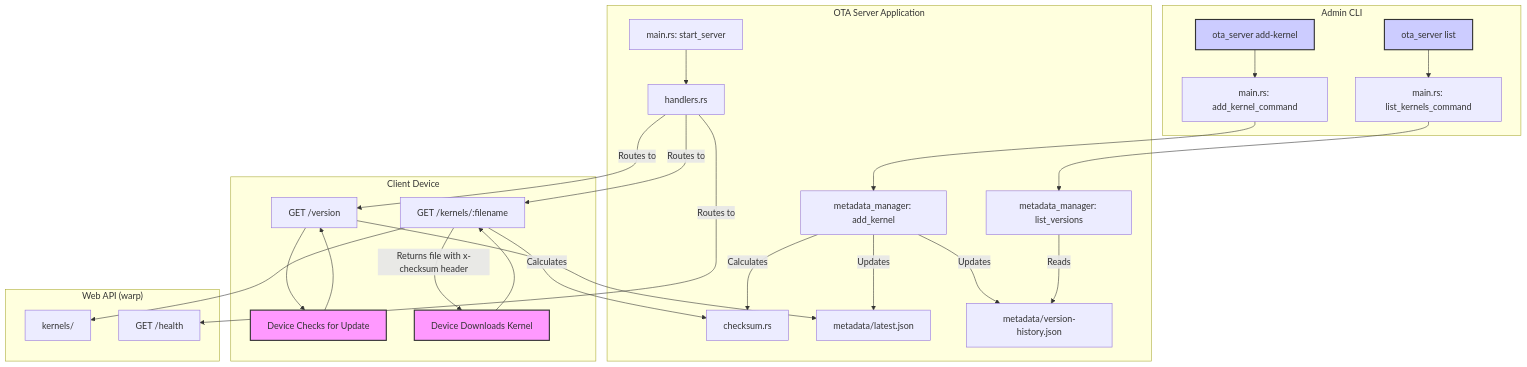
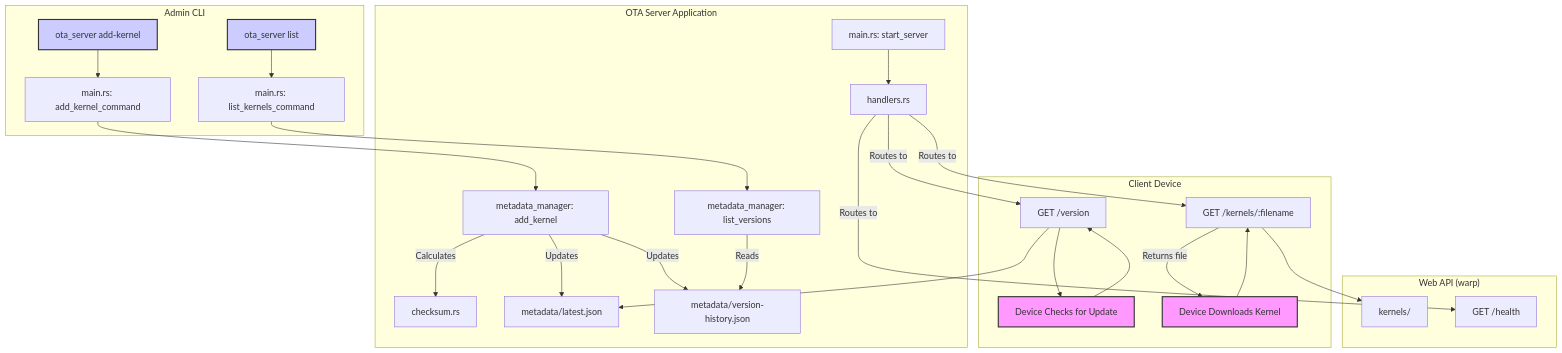
The diagram in README.md (jaganathg/OTA_Server), drawn with Mermaid before and after one commit. The commit also changed other lines of this file, not shown here.

````diff
--- a/README.md
+++ b/README.md
@@ -38,42 +64,41 @@
 ```mermaid
 graph TD;
     subgraph "Admin CLI"
         CLI_Add["ota_server add-kernel"] --> Main_Add["main.rs: add_kernel_command"];
         CLI_List["ota_server list"] --> Main_List["main.rs: list_kernels_command"];
     end
 
     subgraph "OTA Server Application"
         Main_Add --> MM_Add["metadata_manager: add_kernel"];
         Main_List --> MM_List["metadata_manager: list_versions"];
         
         Main_Start["main.rs: start_server"] --> Handlers["handlers.rs"];
         MM_Add -- "Calculates" --> Checksum["checksum.rs"];
         
         MM_Add -- "Updates" --> LatestJSON["metadata/latest.json"];
         MM_Add -- "Updates" --> HistoryJSON["metadata/version-history.json"];
         MM_List -- "Reads" --> HistoryJSON;
     end
 
     subgraph "Client Device"
         Client_Check["Device Checks for Update"] --> API_Version;
         Client_Download["Device Downloads Kernel"] --> API_Kernel;
     end
 
     subgraph "Web API (warp)"
         API_Version["GET /version"] --> LatestJSON;
         API_Kernel["GET /kernels/:filename"] --> KernelFile["kernels/"];
-        API_Kernel -- "Calculates" --> Checksum;
         
         Handlers -- "Routes to" --> API_Version;
         Handlers -- "Routes to" --> API_Kernel;
         Handlers -- "Routes to" --> API_Health["GET /health"];
     end
 
     API_Version --> Client_Check;
-    API_Kernel -- "Returns file with x-checksum header" --> Client_Download;
+    API_Kernel -- "Returns file" --> Client_Download;
 
     style Client_Check fill:#f9f,stroke:#333,stroke-width:2px;
     style Client_Download fill:#f9f,stroke:#333,stroke-width:2px;
     style CLI_Add fill:#ccf,stroke:#333,stroke-width:2px;
     style CLI_List fill:#ccf,stroke:#333,stroke-width:2px;
 ```
````
